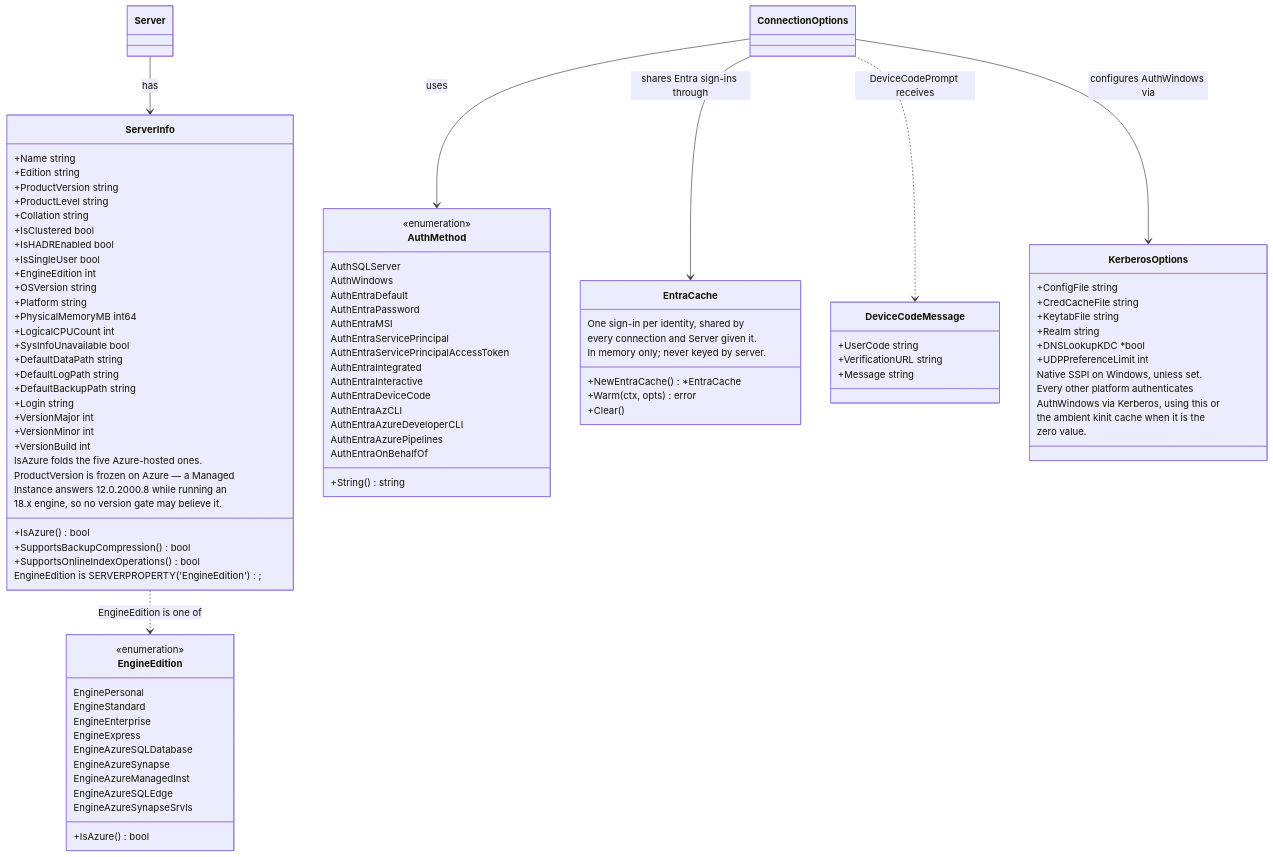
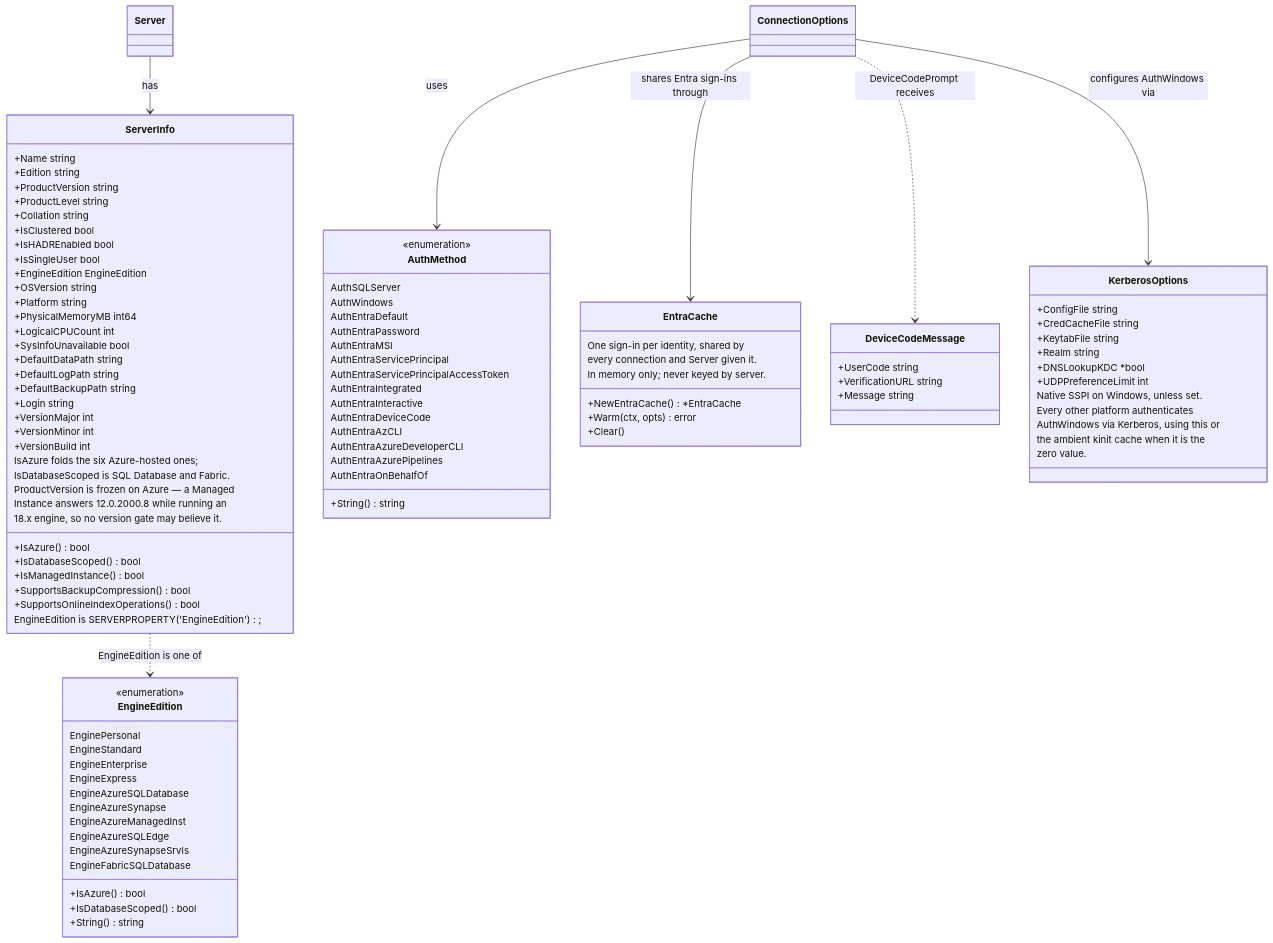
The diagram in diagram/03-server-info-and-authentication.mmd (radix29/gosmo), drawn with Mermaid before and after one commit. The commit also changed 27 other files, not shown here.

First line of the commit message:
refactor!: typed EngineEdition, Fabric SQL database, edition helpers

```diff
--- a/diagram/03-server-info-and-authentication.mmd
+++ b/diagram/03-server-info-and-authentication.mmd
@@ -1,113 +1,119 @@
 classDiagram
 
     %% =========================================================
     %% Top-level entry point
     %% =========================================================
 
     class ServerInfo {
         +Name string
         +Edition string
         +ProductVersion string
         +ProductLevel string
         +Collation string
         +IsClustered bool
         +IsHADREnabled bool
         +IsSingleUser bool
-        +EngineEdition int
+        +EngineEdition EngineEdition
         +OSVersion string
         +Platform string
         +PhysicalMemoryMB int64
         +LogicalCPUCount int
         +SysInfoUnavailable bool
         +DefaultDataPath string
         +DefaultLogPath string
         +DefaultBackupPath string
         +Login string
         +VersionMajor int
         +VersionMinor int
         +VersionBuild int
         +IsAzure() bool
+        +IsDatabaseScoped() bool
+        +IsManagedInstance() bool
         +SupportsBackupCompression() bool
         +SupportsOnlineIndexOperations() bool
         EngineEdition is SERVERPROPERTY('EngineEdition');
-        IsAzure folds the five Azure-hosted ones.
+        IsAzure folds the six Azure-hosted ones;
+        IsDatabaseScoped is SQL Database and Fabric.
         ProductVersion is frozen on Azure — a Managed
         Instance answers 12.0.2000.8 while running an
         18.x engine, so no version gate may believe it.
     }
 
     class EngineEdition {
         <<enumeration>>
         EnginePersonal
         EngineStandard
         EngineEnterprise
         EngineExpress
         EngineAzureSQLDatabase
         EngineAzureSynapse
         EngineAzureManagedInst
         EngineAzureSQLEdge
         EngineAzureSynapseSrvls
+        EngineFabricSQLDatabase
         +IsAzure() bool
+        +IsDatabaseScoped() bool
+        +String() string
     }
 
     %% =========================================================
     %% Authentication
     %% =========================================================
 
     class AuthMethod {
         <<enumeration>>
         AuthSQLServer
         AuthWindows
         AuthEntraDefault
         AuthEntraPassword
         AuthEntraMSI
         AuthEntraServicePrincipal
         AuthEntraServicePrincipalAccessToken
         AuthEntraIntegrated
         AuthEntraInteractive
         AuthEntraDeviceCode
         AuthEntraAzCLI
         AuthEntraAzureDeveloperCLI
         AuthEntraAzurePipelines
         AuthEntraOnBehalfOf
         +String() string
     }
 
     class EntraCache {
         +NewEntraCache() *EntraCache
         +Warm(ctx, opts) error
         +Clear()
         One sign-in per identity, shared by
         every connection and Server given it.
         In memory only; never keyed by server.
     }
 
     class DeviceCodeMessage {
         +UserCode string
         +VerificationURL string
         +Message string
     }
 
     class KerberosOptions {
         +ConfigFile string
         +CredCacheFile string
         +KeytabFile string
         +Realm string
         +DNSLookupKDC *bool
         +UDPPreferenceLimit int
         Native SSPI on Windows, unless set.
         Every other platform authenticates
         AuthWindows via Kerberos, using this or
         the ambient kinit cache when it is the
         zero value.
     }
 
     %% =========================================================
     %% Relationships
     %% =========================================================
     ConnectionOptions --> AuthMethod : uses
     ConnectionOptions --> KerberosOptions : configures AuthWindows via
     ConnectionOptions --> EntraCache : shares Entra sign-ins through
     ConnectionOptions ..> DeviceCodeMessage : DeviceCodePrompt receives
     Server --> ServerInfo : has
     ServerInfo ..> EngineEdition : EngineEdition is one of
```
